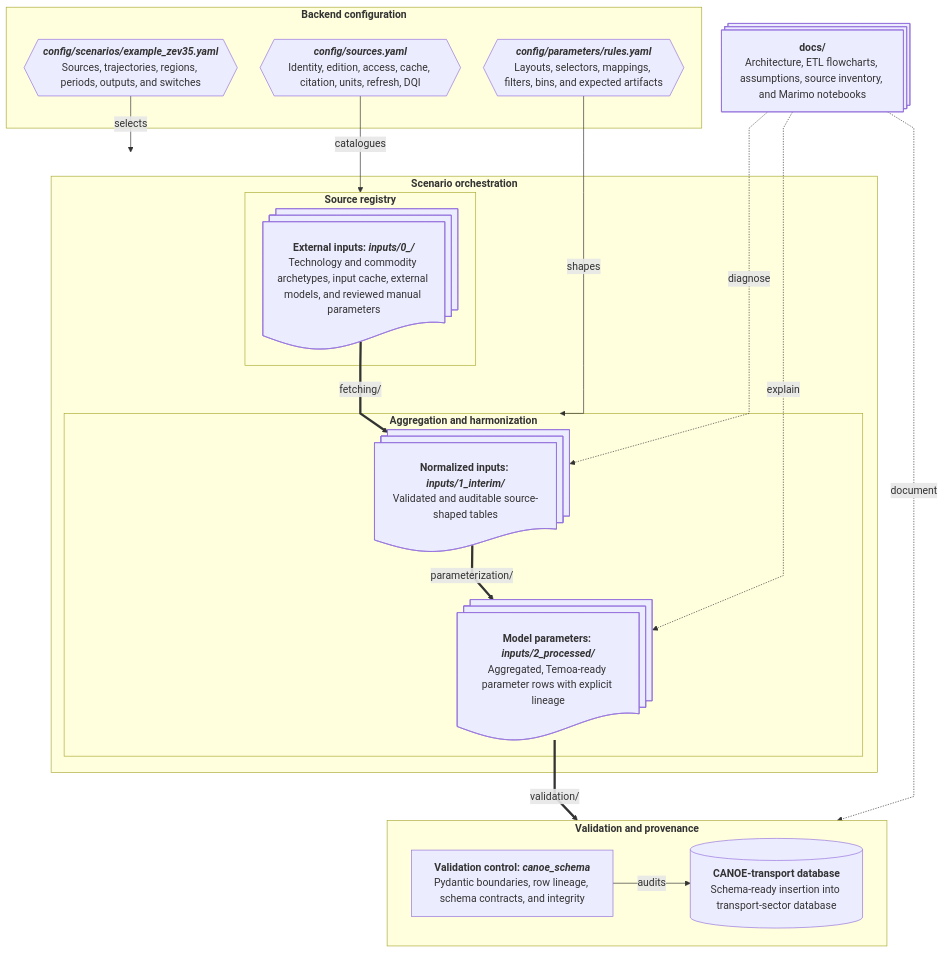
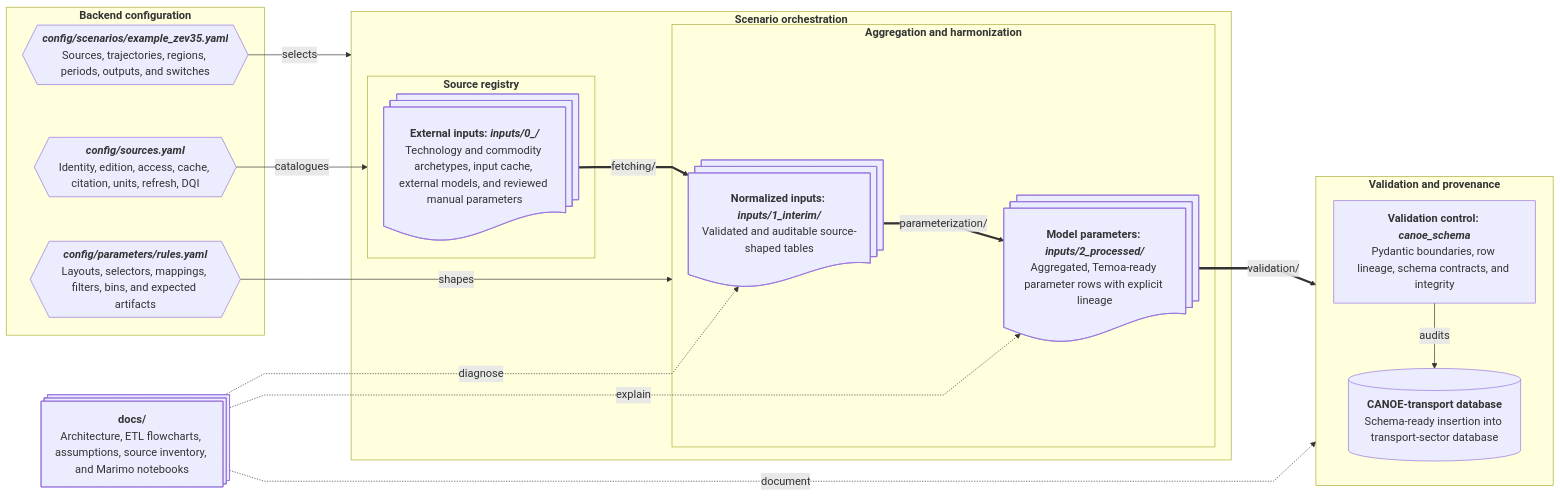
Before and after one commit to CANOE-main/canoe-transportation: the diagram in README.md, drawn with Mermaid. The commit also changed 157 other files, not shown here.

````diff
--- a/README.md
+++ b/README.md
@@ -102,45 +102,47 @@
 ```mermaid
 ---
 config:
   layout: dagre
   flowchart:
     nodeSpacing: 35
     rankSpacing: 50
     wrappingWidth: 250
     curve: linear
+  themeVariables:
+    fontSize: 17px
 ---
-flowchart TB
+flowchart LR
   subgraph CONTROL["`**Backend configuration**`"]
       scen_yaml@{shape: hex, label: "***config/scenarios/example_zev35.yaml***<br>Sources, trajectories, regions, periods, outputs, and switches"}
       source_yaml@{shape: hex, label: "***config/sources.yaml***<br>Identity, edition, access, cache, citation, units, refresh, DQI"}
       rules_yaml@{shape: hex, label: "***config/parameters/rules.yaml***<br>Layouts, selectors, mappings, filters, bins, and expected artifacts"}
   end
   scen_yaml -- selects ---> SCENARIO
   source_yaml -- catalogues --> SOURCES
   rules_yaml -- shapes ---> RULES
 
   subgraph SCENARIO["`**Scenario orchestration**`"]
       subgraph SOURCES["`**Source registry**`"]
             EVIDENCE@{shape: docs, label: "**External inputs: *inputs/0_/***<br>Technology and commodity archetypes, input cache, external models, and reviewed manual parameters"}
       end
       
       subgraph RULES["`**Aggregation and harmonization**`"]
             INTERIM@{shape: docs, label: "**Normalized inputs: *inputs/1_interim/***<br>Validated and auditable source-shaped tables"}
             HARM@{shape: docs, label: "**Model parameters: *inputs/2_processed/***<br>Aggregated, Temoa-ready parameter rows with explicit lineage"}
       end
   end
   
   EVIDENCE == fetching/ ==> INTERIM == parameterization/ ==> HARM == validation/ ==> VALID
 
   subgraph VALID["`**Validation and provenance**`"]
-  direction LR
+  direction TB
       ASSURE["`**Validation control: *canoe_schema***<br>Pydantic boundaries, row lineage, schema contracts, and integrity`"]
       DB[("`**CANOE-transport database**<br>Schema-ready insertion into transport-sector database`")]
   end
   ASSURE -- audits --> DB
   
   INSIGHTS@{shape: processes, label: "**docs/**<br>Architecture, ETL flowcharts, assumptions, source inventory, and Marimo notebooks"}
   INSIGHTS -. diagnose ..-> INTERIM
   INSIGHTS -. explain ..-> HARM
   INSIGHTS -. document ..-> VALID
 ```
````
